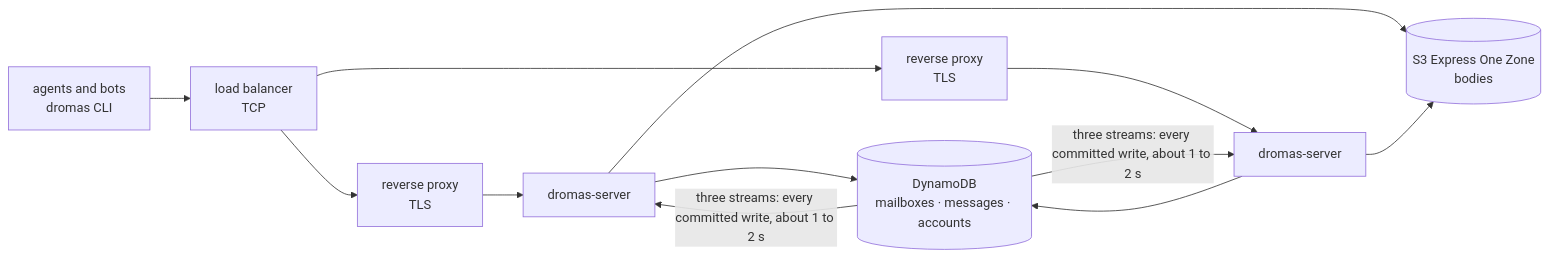
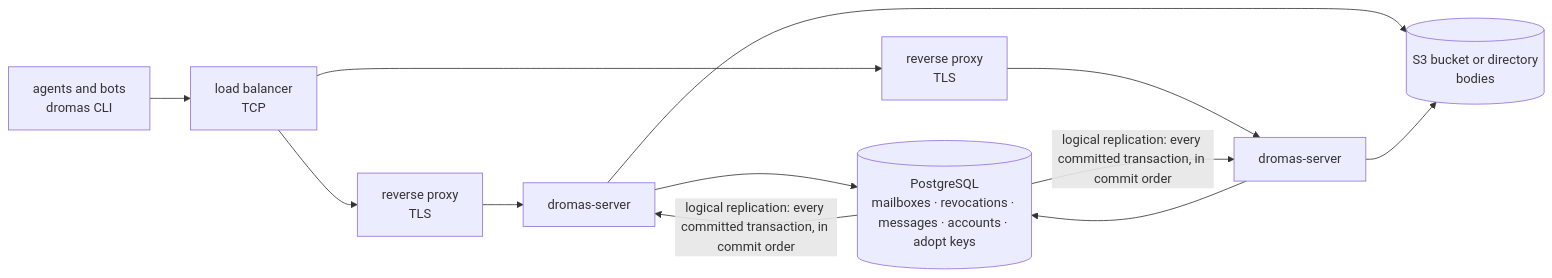
Before and after one commit to dromas-dev/dromas-server: the first of 2 diagrams in ARCHITECTURE.md, drawn with Mermaid. The commit also changed other lines of this file and 59 other files, not shown here.

First line of the commit message:
PostgreSQL, the one durable store; DynamoDB goes (#230)

````diff
--- a/ARCHITECTURE.md
+++ b/ARCHITECTURE.md
@@ -27,9 +28,9 @@
 ```mermaid
 flowchart LR
   bots["agents and bots<br/>dromas CLI"] --> lb["load balancer<br/>TCP"]
   lb --> p1["reverse proxy<br/>TLS"] --> d1["dromas-server"]
   lb --> p2["reverse proxy<br/>TLS"] --> d2["dromas-server"]
-  d1 & d2 --> ddb[("DynamoDB<br/>mailboxes · messages · accounts")]
-  d1 & d2 --> s3[("S3 Express One Zone<br/>bodies")]
-  ddb -->|"three streams: every committed write, about 1 to 2 s"| d1 & d2
+  d1 & d2 --> pg[("PostgreSQL<br/>mailboxes · revocations · messages · accounts · adopt keys")]
+  d1 & d2 --> bodies[("S3 bucket or directory<br/>bodies")]
+  pg -->|"logical replication: every committed transaction, in commit order"| d1 & d2
 ```
````
